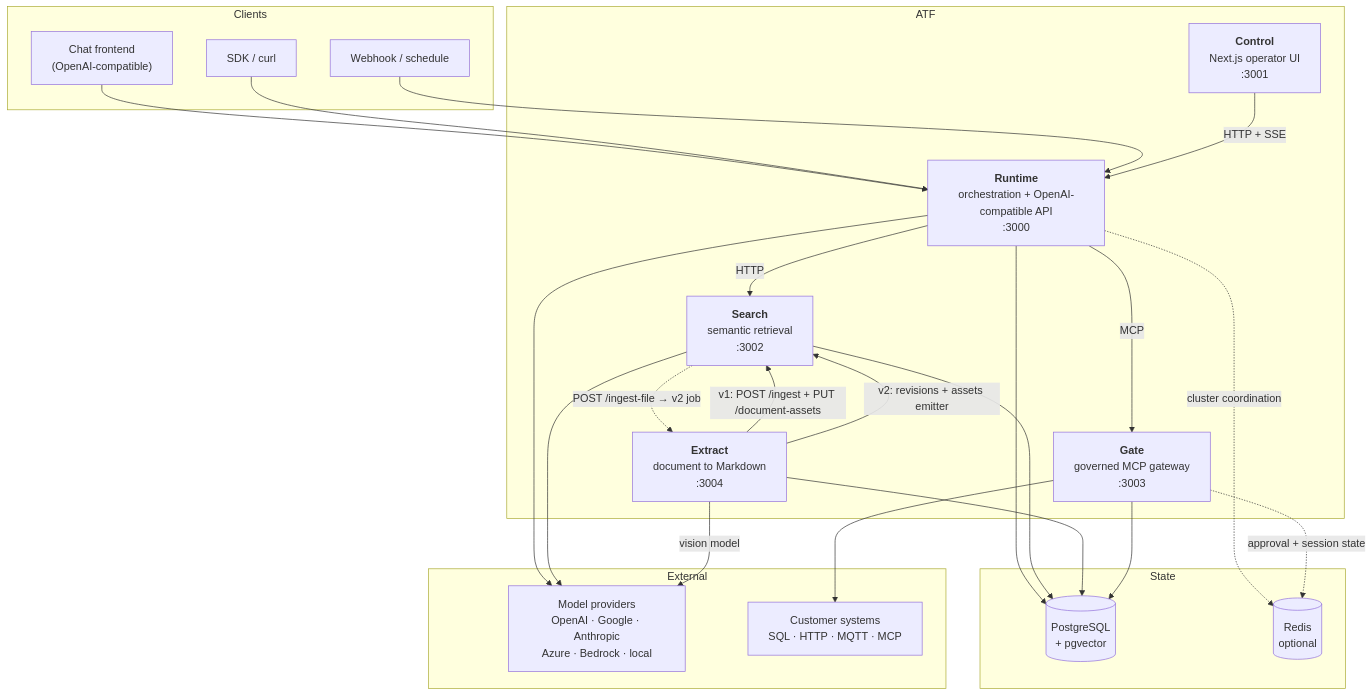
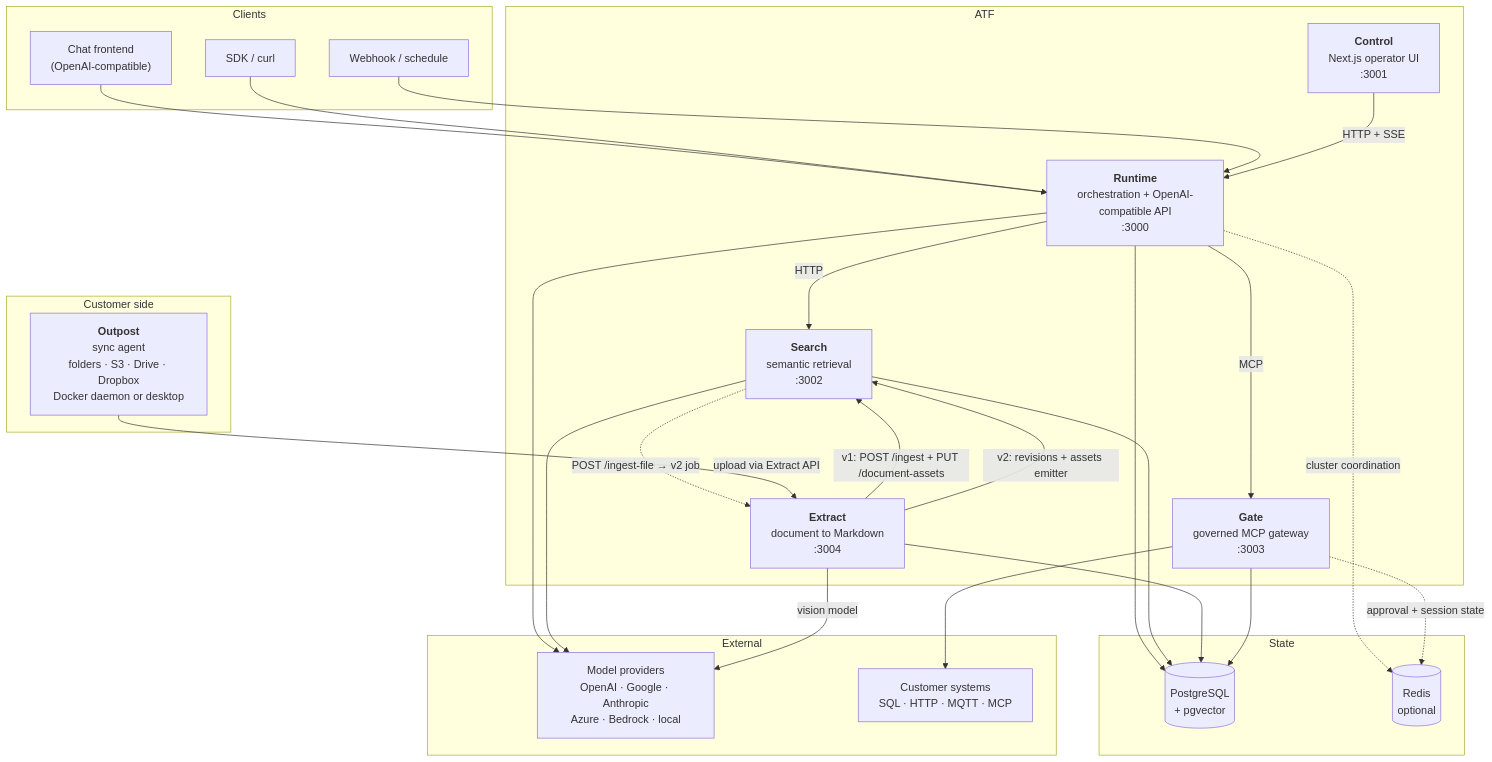
The first of 4 diagrams in ARCHITECTURE.md (Abillify/atf), drawn with Mermaid before and after one commit. The commit also changed other lines of this file and 26 other files, not shown here.

````diff
--- a/ARCHITECTURE.md
+++ b/ARCHITECTURE.md
@@ -10,50 +12,55 @@
 ```mermaid
 flowchart TB
     subgraph clients["Clients"]
         chat["Chat frontend<br/>(OpenAI-compatible)"]
         sdk["SDK / curl"]
         hook["Webhook / schedule"]
     end
 
     subgraph atf["ATF"]
         control["<b>Control</b><br/>Next.js operator UI<br/>:3001"]
         runtime["<b>Runtime</b><br/>orchestration + OpenAI-compatible API<br/>:3000"]
         search["<b>Search</b><br/>semantic retrieval<br/>:3002"]
         gate["<b>Gate</b><br/>governed MCP gateway<br/>:3003"]
         extract["<b>Extract</b><br/>document to Markdown<br/>:3004"]
     end
 
     subgraph state["State"]
         pg[("PostgreSQL<br/>+ pgvector")]
         redis[("Redis<br/>optional")]
+    end
+
+    subgraph customer["Customer side"]
+        outpost["<b>Outpost</b><br/>sync agent<br/>folders · S3 · Drive · Dropbox<br/>Docker daemon or desktop"]
     end
 
     subgraph external["External"]
         models["Model providers<br/>OpenAI · Google · Anthropic<br/>Azure · Bedrock · local"]
         systems["Customer systems<br/>SQL · HTTP · MQTT · MCP"]
     end
 
     chat --> runtime
     sdk --> runtime
     hook --> runtime
     control -->|HTTP + SSE| runtime
 
     runtime -->|HTTP| search
     runtime -->|MCP| gate
     runtime --> models
     runtime --> pg
     runtime -.->|cluster coordination| redis
 
     search --> pg
     search --> models
     search -.->|POST /ingest-file → v2 job| extract
 
     extract -->|v1: POST /ingest + PUT /document-assets| search
     extract -->|v2: revisions + assets emitter| search
     extract -->|vision model| models
     extract --> pg
 
     gate --> systems
     gate -.->|approval + session state| redis
     gate --> pg
+    outpost -->|upload via Extract API| extract
 ```
````
